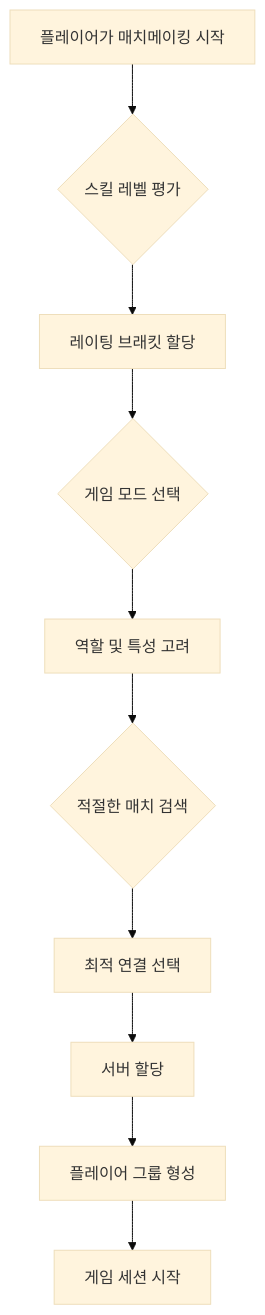
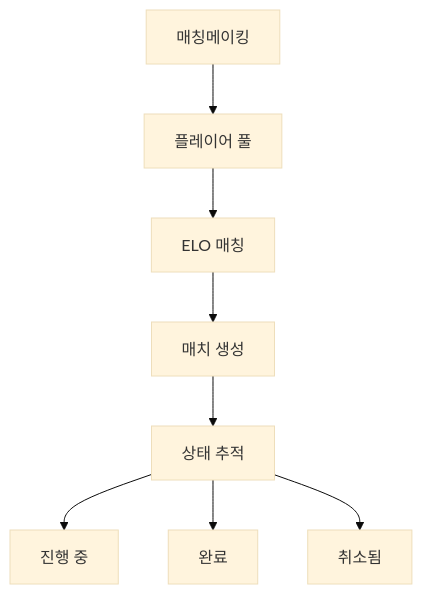
One commit to cosmicrafts/cosmicrafts-dao changed the second of 2 diagrams in src/frontend/src/assets/markdown/ko/core-features.md. Above: the diagram before and after it, drawn with Mermaid (base theme). The commit also changed other lines of this file and 12 other files, not shown here.

````diff
--- a/src/frontend/src/assets/markdown/ko/core-features.md
+++ b/src/frontend/src/assets/markdown/ko/core-features.md
@@ -139,12 +87,11 @@
 ```mermaid
-flowchart TB
-    A[플레이어가 매치메이킹 시작] --> B{스킬 레벨 평가}
-    B --> C[레이팅 브래킷 할당]
-    C --> D{게임 모드 선택}
-    D --> E[역할 및 특성 고려]
-    E --> F{적절한 매치 검색}
-    F --> G[최적 연결 선택]
-    G --> H[서버 할당]
-    H --> I[플레이어 그룹 형성]
-    I --> J[게임 세션 시작]
+graph TD
+    A[매칭메이킹] --> B[플레이어 풀]
+    B --> C[ELO 매칭]
+    C --> D[매치 생성]
+    D --> E[상태 추적]
+    
+    E --> F[진행 중]
+    E --> G[완료]
+    E --> H[취소됨]
 ```
````
